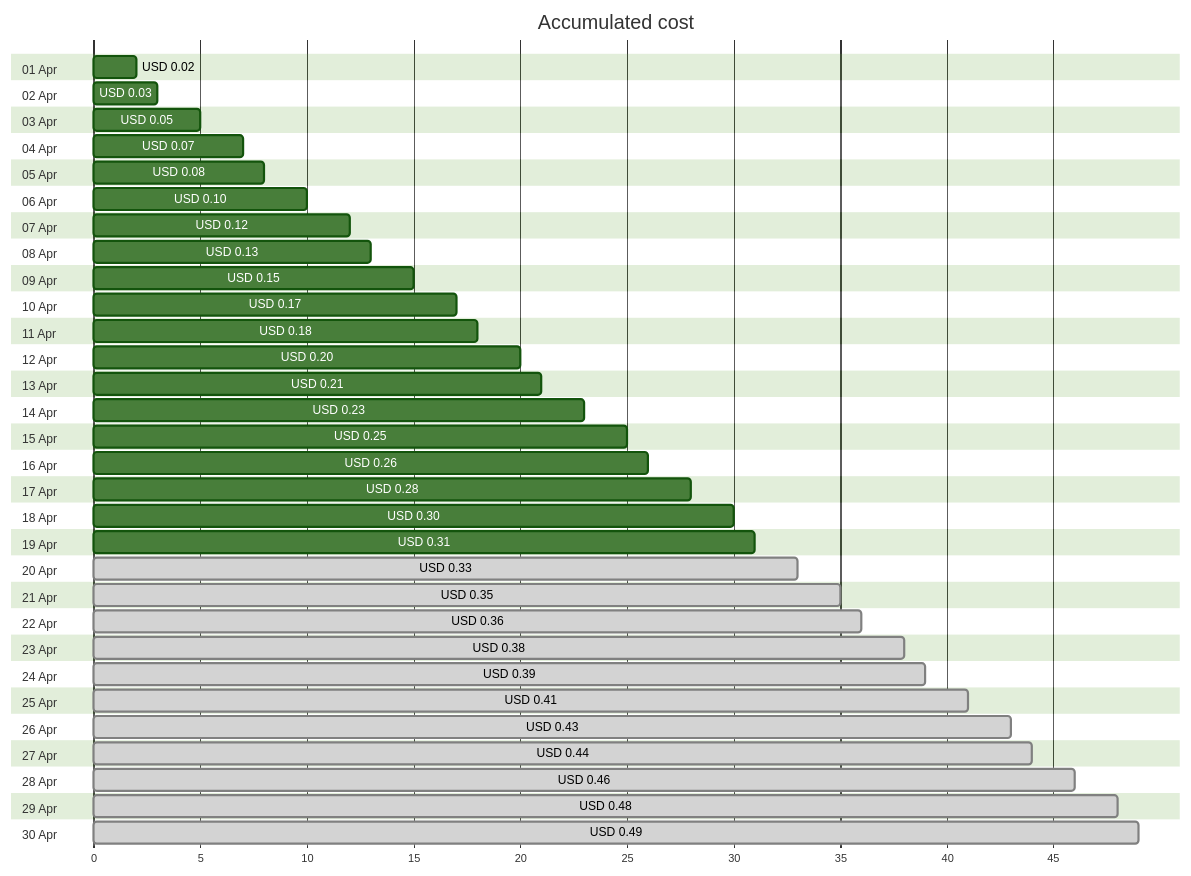
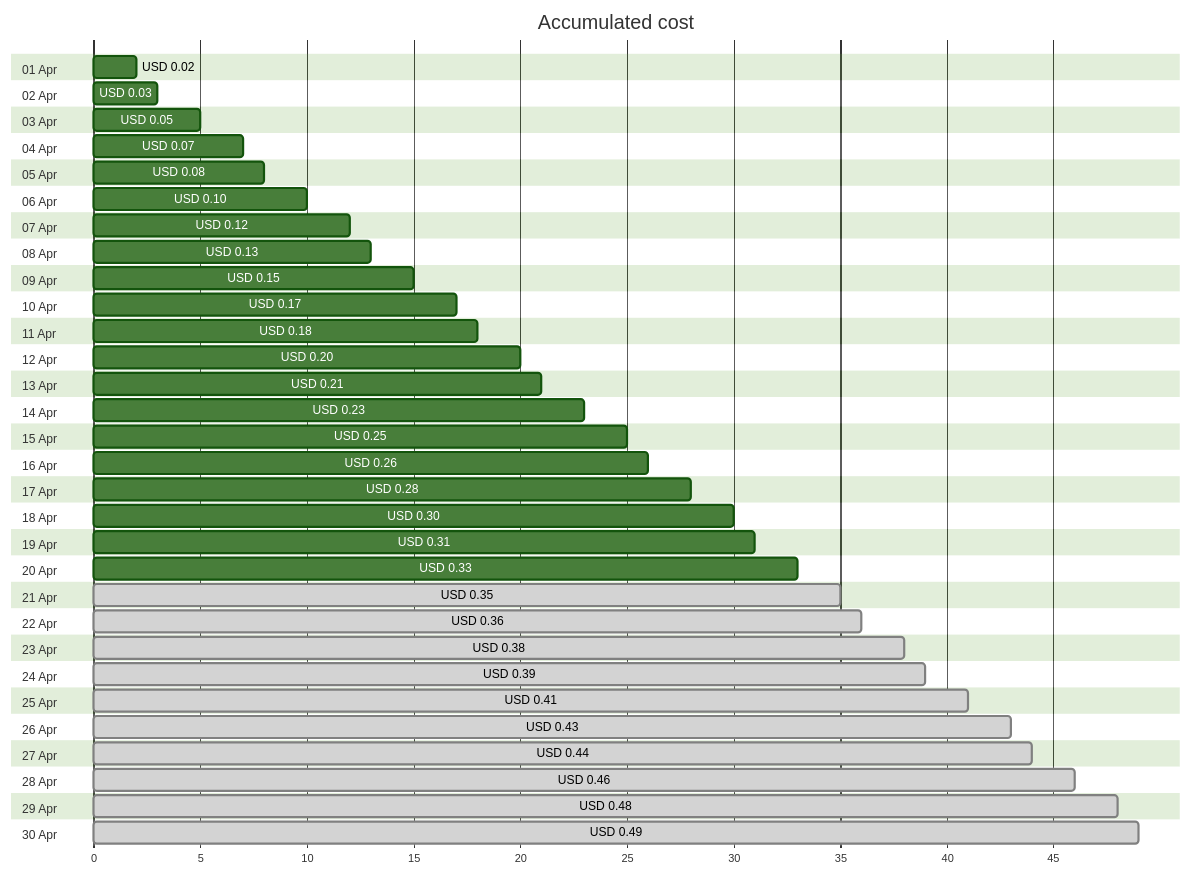
The first of 4 diagrams in cost-reports/personal-dns/jpatrickfulton.dev.md (jpfulton/azure-personal-reports), drawn with Mermaid (forest theme) before and after one commit. The commit also changed other lines of this file and 2 other files, not shown here.

````diff
--- a/cost-reports/personal-dns/jpatrickfulton.dev.md
+++ b/cost-reports/personal-dns/jpatrickfulton.dev.md
@@ -20,66 +20,66 @@
 ```mermaid
 gantt
    title Accumulated cost
    dateFormat  X
    axisFormat %s
    section 01 Apr
    USD 0.02 :0, 2
    section 02 Apr
    USD 0.03 :0, 3
    section 03 Apr
    USD 0.05 :0, 5
    section 04 Apr
    USD 0.07 :0, 7
    section 05 Apr
    USD 0.08 :0, 8
    section 06 Apr
    USD 0.10 :0, 10
    section 07 Apr
    USD 0.12 :0, 12
    section 08 Apr
    USD 0.13 :0, 13
    section 09 Apr
    USD 0.15 :0, 15
    section 10 Apr
    USD 0.17 :0, 17
    section 11 Apr
    USD 0.18 :0, 18
    section 12 Apr
    USD 0.20 :0, 20
    section 13 Apr
    USD 0.21 :0, 21
    section 14 Apr
    USD 0.23 :0, 23
    section 15 Apr
    USD 0.25 :0, 25
    section 16 Apr
    USD 0.26 :0, 26
    section 17 Apr
    USD 0.28 :0, 28
    section 18 Apr
    USD 0.30 :0, 30
    section 19 Apr
    USD 0.31 :0, 31
    section 20 Apr
-   USD 0.33 : done, 0, 33
+   USD 0.33 :0, 33
    section 21 Apr
    USD 0.35 : done, 0, 35
    section 22 Apr
    USD 0.36 : done, 0, 36
    section 23 Apr
    USD 0.38 : done, 0, 38
    section 24 Apr
    USD 0.39 : done, 0, 39
    section 25 Apr
    USD 0.41 : done, 0, 41
    section 26 Apr
    USD 0.43 : done, 0, 43
    section 27 Apr
    USD 0.44 : done, 0, 44
    section 28 Apr
    USD 0.46 : done, 0, 46
    section 29 Apr
    USD 0.48 : done, 0, 48
    section 30 Apr
    USD 0.49 : done, 0, 49
 ```
````
